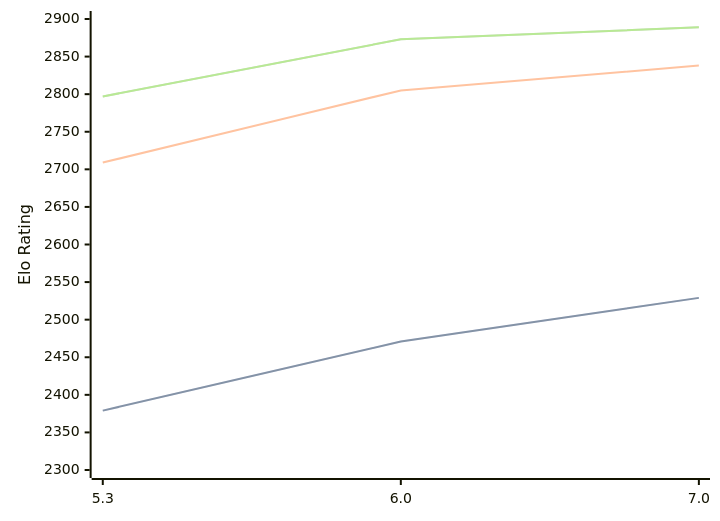
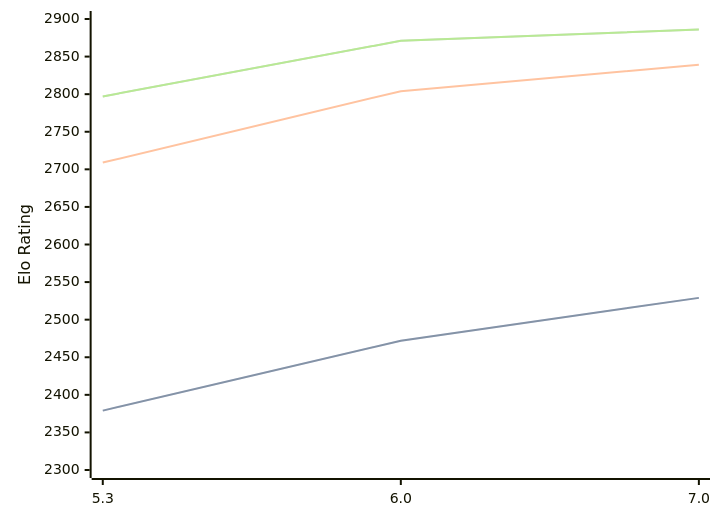
Before and after one commit to computer-chess-index/cci: the diagram in engines/tomitankChess.md, drawn with Mermaid. The commit also changed other lines of this file, not shown here.

Commit message:
Update CCI Ratings (ELO VLTC) - 2026-08-02

````diff
--- a/engines/tomitankChess.md
+++ b/engines/tomitankChess.md
@@ -41,11 +41,11 @@
 ```mermaid
 %%{init: {"theme":"base","themeVariables":{"seriesColors:['#a3a3a3','#222221','#faa371']}}}%%
 xychart-beta
   x-axis ["5.3", "6.0", "7.0"]
   y-axis "Elo Rating" 2300 --> 2900
-  line "STC (8.0+0.08s)" [2379, 2471, 2529]
-  line "STC (8.0+0.08s)" [2379, 2471, 2529]
-  line "LTC (60.0+0.60s)" [2709, 2805, 2838]
-  line "VLTC (2m24s+1.12s)" [2797, 2873, 2889]
-  line "VLTC (2m24s+1.12s)" [2797, 2873, 2889]
+  line "STC (8.0+0.08s)" [2379, 2472, 2529]
+  line "STC (8.0+0.08s)" [2379, 2472, 2529]
+  line "LTC (60.0+0.60s)" [2709, 2804, 2839]
+  line "VLTC (2m24s+1.12s)" [2797, 2871, 2886]
+  line "VLTC (2m24s+1.12s)" [2797, 2871, 2886]
 ```
````
